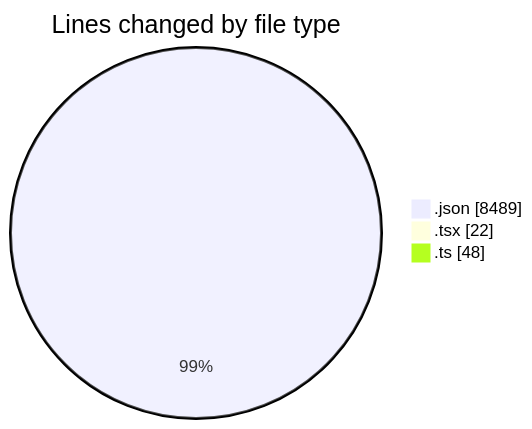
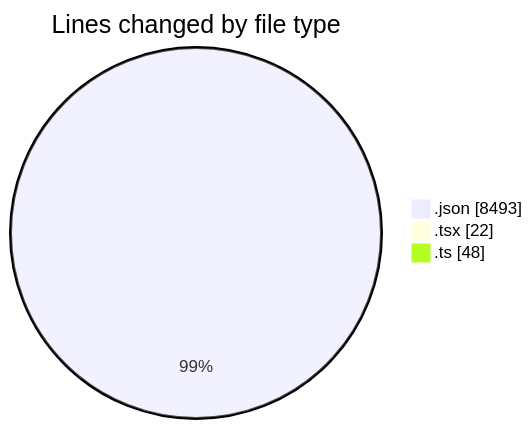
One commit to JenPaints/code-tracking changed the first of 2 diagrams in 2025-07-04/untitled__workspace_/README.md. Above: the diagram before and after it, drawn with Mermaid. The commit also changed other lines of this file and 1 other file, not shown here.

````diff
--- a/2025-07-04/untitled__workspace_/README.md
+++ b/2025-07-04/untitled__workspace_/README.md
@@ -25,7 +25,7 @@
 ```mermaid
 pie showData
 title Lines changed by file type
-".json" : 8489
+".json" : 8493
 ".tsx" : 22
 ".ts" : 48
 ```
````
